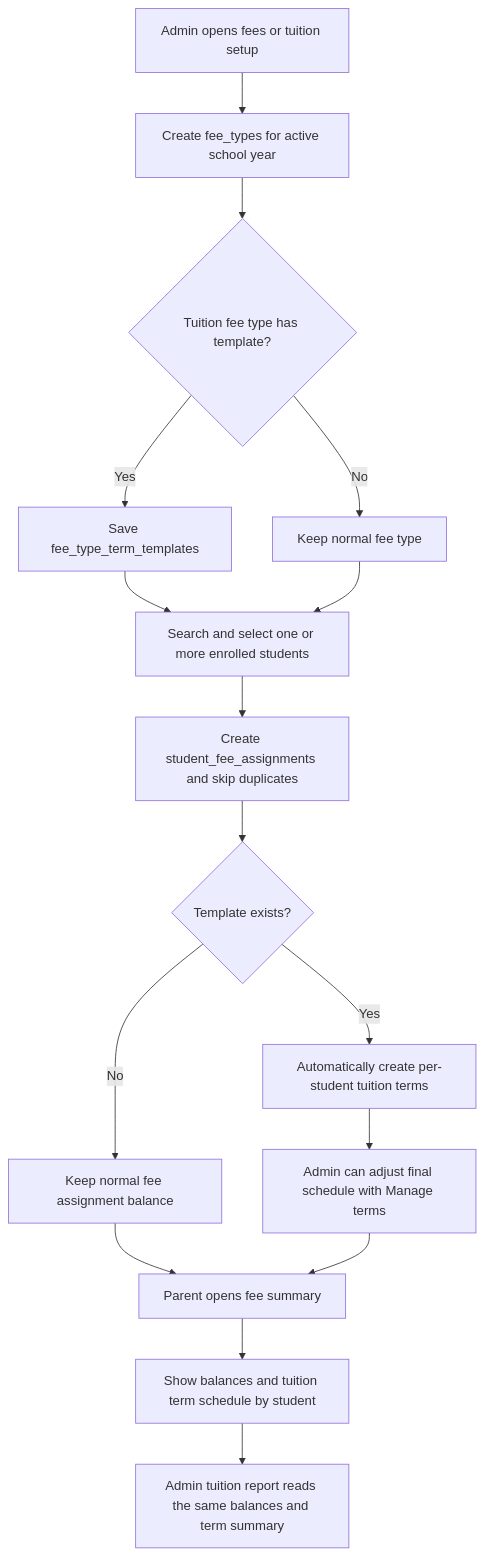
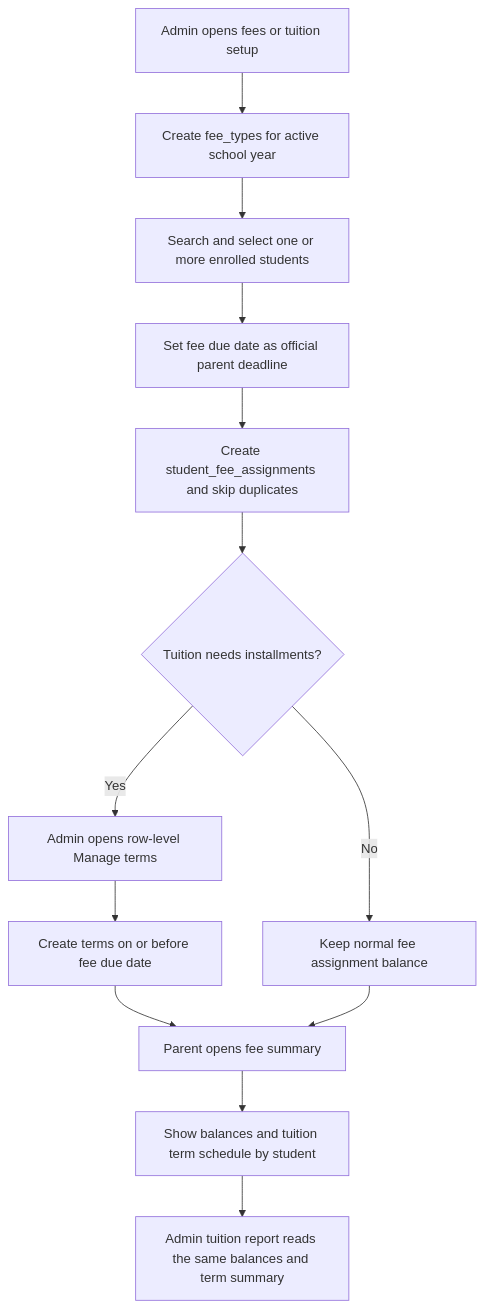
Diagram 16 of 21 in docs/PROJECT_FLOWCHARTS.md (Xeyn19/xmetapay), drawn with Mermaid before and after one commit. The commit also changed other lines of this file and 16 other files, not shown here.

````diff
--- a/docs/PROJECT_FLOWCHARTS.md
+++ b/docs/PROJECT_FLOWCHARTS.md
@@ -525,18 +525,15 @@
 ```mermaid
 flowchart TD
   A["Admin opens fees or tuition setup"] --> B["Create fee_types for active school year"]
-  B --> C{"Tuition fee type has template?"}
-  C -->|Yes| D["Save fee_type_term_templates"]
-  C -->|No| E["Keep normal fee type"]
-  D --> F["Search and select one or more enrolled students"]
-  E --> F
-  F --> G["Create student_fee_assignments and skip duplicates"]
-  G --> H{"Template exists?"}
-  H -->|Yes| I["Automatically create per-student tuition terms"]
-  H -->|No| J["Keep normal fee assignment balance"]
-  I --> K["Admin can adjust final schedule with Manage terms"]
-  J --> L["Parent opens fee summary"]
-  K --> L
-  L --> M["Show balances and tuition term schedule by student"]
-  M --> N["Admin tuition report reads the same balances and term summary"]
+  B --> C["Search and select one or more enrolled students"]
+  C --> D["Set fee due date as official parent deadline"]
+  D --> E["Create student_fee_assignments and skip duplicates"]
+  E --> F{"Tuition needs installments?"}
+  F -->|Yes| G["Admin opens row-level Manage terms"]
+  G --> H["Create terms on or before fee due date"]
+  F -->|No| I["Keep normal fee assignment balance"]
+  H --> J["Parent opens fee summary"]
+  I --> J
+  J --> K["Show balances and tuition term schedule by student"]
+  K --> L["Admin tuition report reads the same balances and term summary"]
 ```
````
